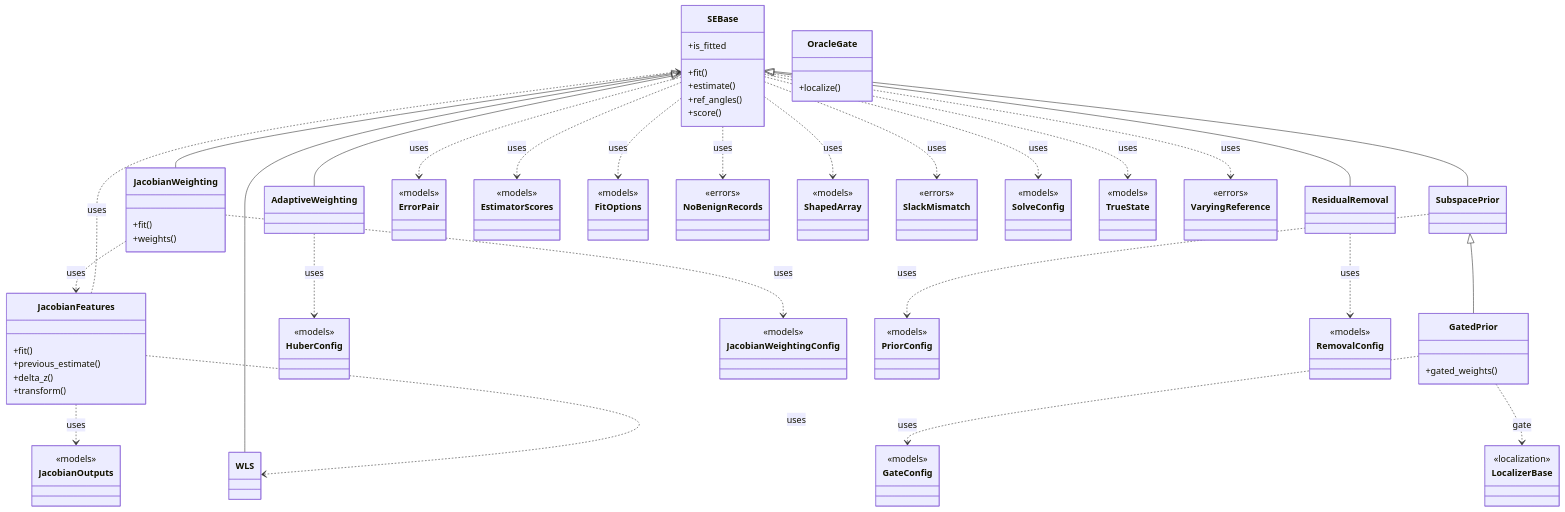
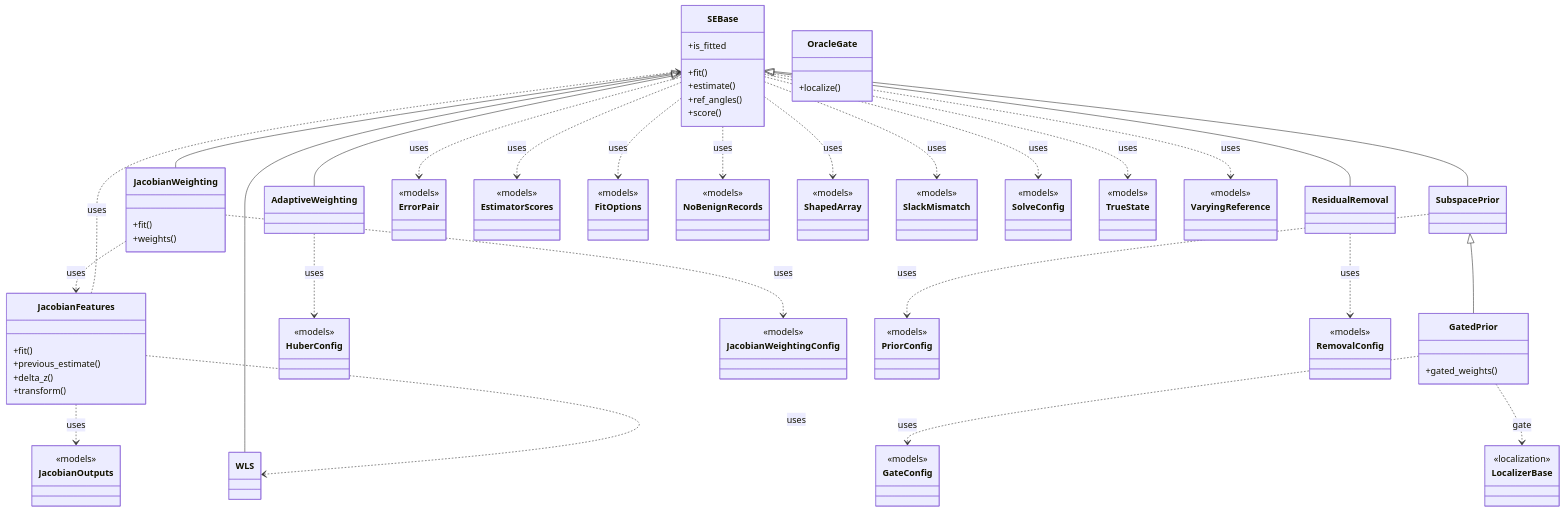
Before and after one commit to myersben9/fdia-graph: the diagram in docs/figures/diagrams/classes_estimation.mmd, drawn with Mermaid. The commit also changed 30 other files, not shown here.

```diff
--- a/docs/figures/diagrams/classes_estimation.mmd
+++ b/docs/figures/diagrams/classes_estimation.mmd
@@ -1,105 +1,105 @@
 classDiagram
     class SEBase {
         +fit()
         +is_fitted
         +estimate()
         +ref_angles()
         +score()
     }
     class WLS {
     }
     class AdaptiveWeighting {
     }
     class ResidualRemoval {
     }
     class SubspacePrior {
     }
     class JacobianWeighting {
         +fit()
         +weights()
     }
     class OracleGate {
         +localize()
     }
     class GatedPrior {
         +gated_weights()
     }
     class JacobianFeatures {
         +fit()
         +previous_estimate()
         +delta_z()
         +transform()
     }
     class ErrorPair {
         <<models>>
     }
     class EstimatorScores {
         <<models>>
     }
     class FitOptions {
         <<models>>
     }
     class GateConfig {
         <<models>>
     }
     class HuberConfig {
         <<models>>
     }
     class JacobianOutputs {
         <<models>>
     }
     class JacobianWeightingConfig {
         <<models>>
     }
     class LocalizerBase {
         <<localization>>
     }
     class NoBenignRecords {
-        <<errors>>
+        <<models>>
     }
     class PriorConfig {
         <<models>>
     }
     class RemovalConfig {
         <<models>>
     }
     class ShapedArray {
         <<models>>
     }
     class SlackMismatch {
-        <<errors>>
+        <<models>>
     }
     class SolveConfig {
         <<models>>
     }
     class TrueState {
         <<models>>
     }
     class VaryingReference {
-        <<errors>>
+        <<models>>
     }
     SEBase <|-- AdaptiveWeighting
     SEBase <|-- JacobianWeighting
     SEBase <|-- ResidualRemoval
     SEBase <|-- SubspacePrior
     SEBase <|-- WLS
     SubspacePrior <|-- GatedPrior
     AdaptiveWeighting ..> HuberConfig : uses
     GatedPrior ..> GateConfig : uses
     GatedPrior ..> LocalizerBase : gate
     JacobianFeatures ..> JacobianOutputs : uses
     JacobianFeatures ..> SEBase : uses
     JacobianFeatures ..> WLS : uses
     JacobianWeighting ..> JacobianFeatures : uses
     JacobianWeighting ..> JacobianWeightingConfig : uses
     ResidualRemoval ..> RemovalConfig : uses
     SEBase ..> ErrorPair : uses
     SEBase ..> EstimatorScores : uses
     SEBase ..> FitOptions : uses
     SEBase ..> NoBenignRecords : uses
     SEBase ..> ShapedArray : uses
     SEBase ..> SlackMismatch : uses
     SEBase ..> SolveConfig : uses
     SEBase ..> TrueState : uses
     SEBase ..> VaryingReference : uses
     SubspacePrior ..> PriorConfig : uses
```
